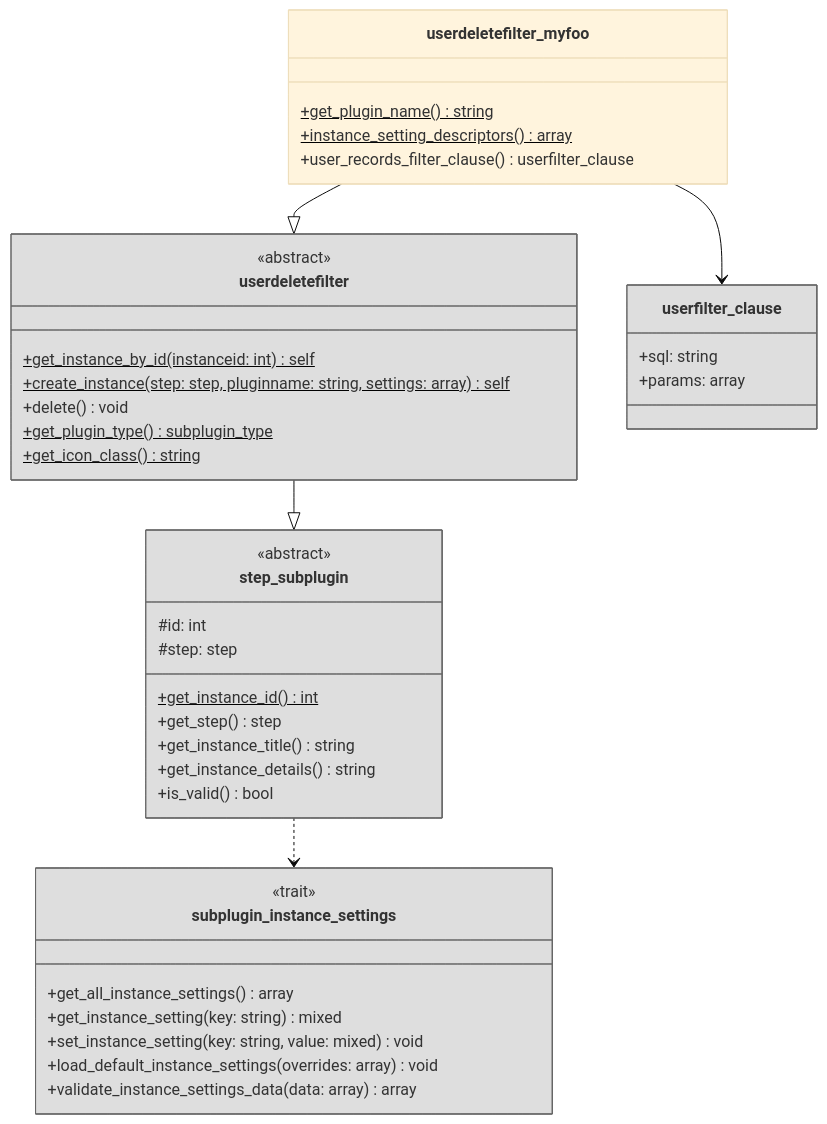
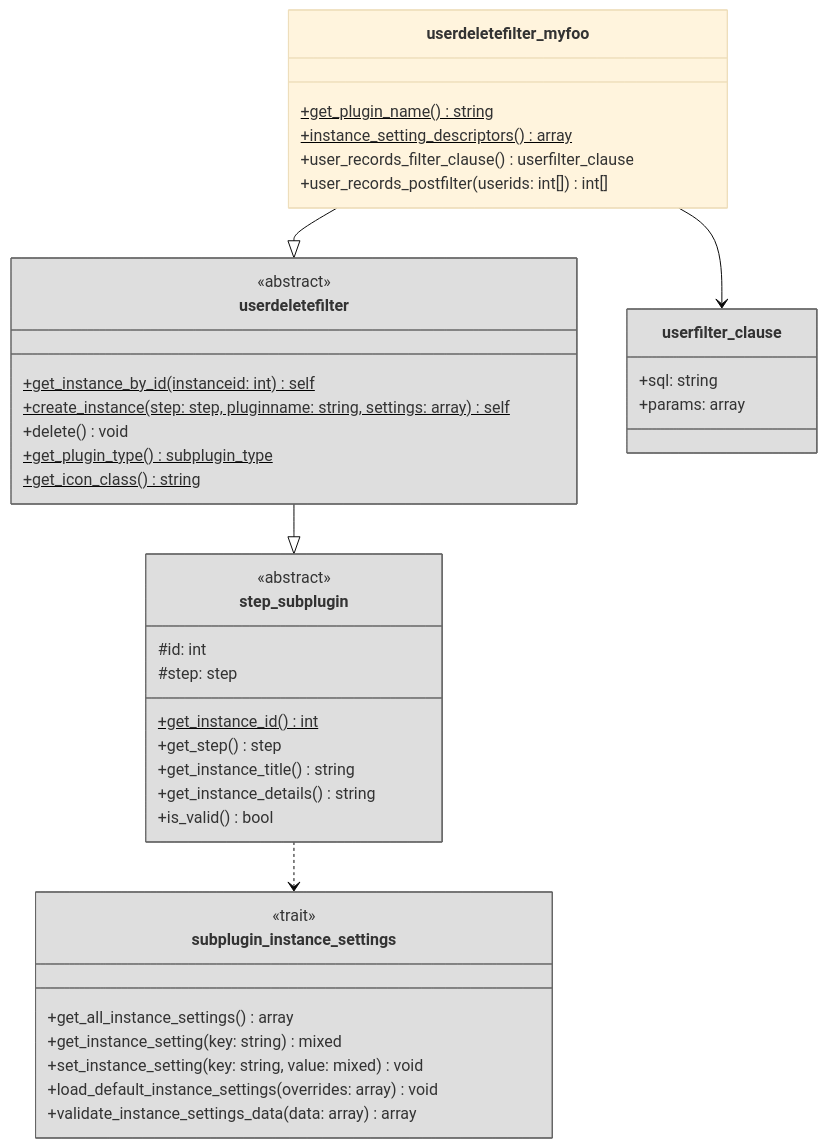
Before and after one commit to ngandrass/moodle-tool_userautodelete: the diagram in docs/dev/createfilter.md, drawn with Mermaid (base theme). The commit also changed other lines of this file, not shown here.

````diff
--- a/docs/dev/createfilter.md
+++ b/docs/dev/createfilter.md
@@ -18,63 +23,64 @@
 ```mermaid
 classDiagram
     direction TB
 
     %% Main classes
     class step_subplugin {
         <<abstract>>
         #id: int
         #step: step
 
         +get_instance_id()$ int
         +get_step() step
         +get_instance_title() string
         +get_instance_details() string
         +is_valid() bool
     }
 
     class userdeletefilter {
         <<abstract>>
 
         +get_instance_by_id(instanceid: int)$ self
         +create_instance(step: step, pluginname: string, settings: array)$ self
         +delete() void
         +get_plugin_type()$ subplugin_type
         +get_icon_class()$ string
     }
 
     class userdeletefilter_myfoo {
         +get_plugin_name()$ string
         +instance_setting_descriptors()$ array
         +user_records_filter_clause() userfilter_clause
+        +user_records_postfilter(userids: int[]) int[]
     }
 
     %% Supporting classes
     class subplugin_instance_settings {
         <<trait>>
 
         +get_all_instance_settings() array
         +get_instance_setting(key: string) mixed
         +set_instance_setting(key: string, value: mixed) void
         +load_default_instance_settings(overrides: array) void
         +validate_instance_settings_data(data: array) array
     }
 
     class userfilter_clause {
         +sql: string
         +params: array
     }
 
     %% Relationships
     userdeletefilter_myfoo --|> userdeletefilter
     userdeletefilter_myfoo --> userfilter_clause
     userdeletefilter --|> step_subplugin
     step_subplugin ..> subplugin_instance_settings
 
     %% Style
     style step fill:#dedede,stroke:#666666
     style workflow fill:#dedede,stroke:#666666
     style userfilter_clause fill:#dedede,stroke:#666666
     style subplugin_instance_settings fill:#dedede,stroke:#666666
     style step_subplugin fill:#dedede,stroke:#666666
     style userdeletefilter fill:#dedede,stroke:#666666
 ```
````
